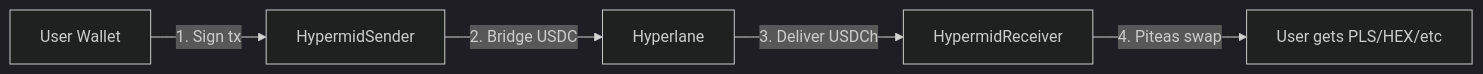
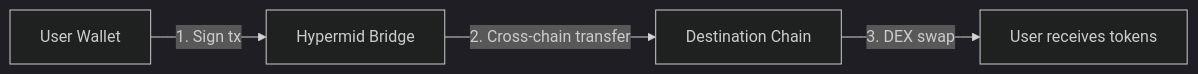
The diagram in guides/superswap.mdx (Hypermid/hypermid-docs), drawn with Mermaid (dark theme) before and after one commit. The commit also changed other lines of this file and 26 other files, not shown here.

````diff
--- a/guides/superswap.mdx
+++ b/guides/superswap.mdx
@@ -14,7 +10,6 @@
 ```mermaid
 graph LR
-    A[User Wallet] -->|1. Sign tx| B[HypermidSender]
-    B -->|2. Bridge USDC| C[Hyperlane]
-    C -->|3. Deliver USDCh| D[HypermidReceiver]
-    D -->|4. Piteas swap| E[User gets PLS/HEX/etc]
+    A[User Wallet] -->|1. Sign tx| B[Hypermid Bridge]
+    B -->|2. Cross-chain transfer| C[Destination Chain]
+    C -->|3. DEX swap| D[User receives tokens]
 ```
````
